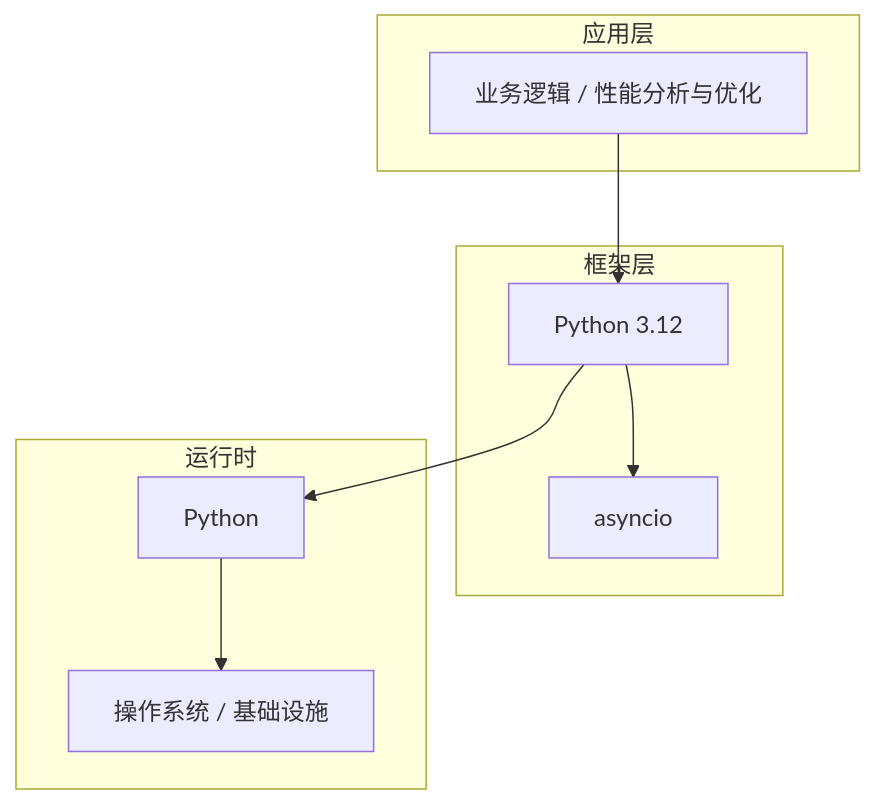
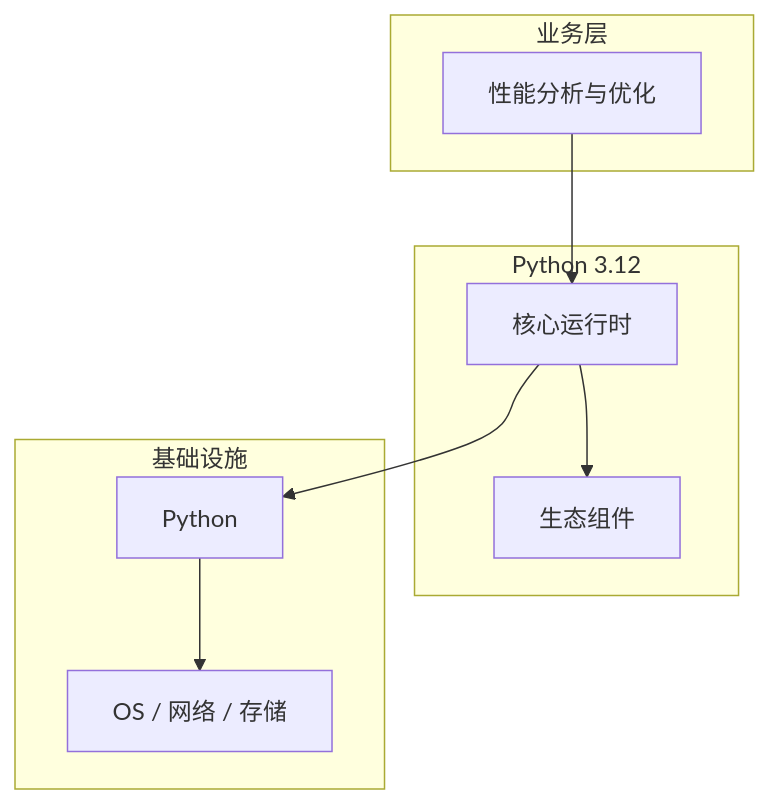
The diagram in articles/Python高级/chapters/065-性能分析与优化核心概念与原理.md (yanggan2015/knowledge-json-v2), drawn with Mermaid before and after one commit. The commit also changed other lines of this file and 10127 other files, not shown here.

````diff
--- a/articles/Python高级/chapters/065-性能分析与优化核心概念与原理.md
+++ b/articles/Python高级/chapters/065-性能分析与优化核心概念与原理.md
@@ -45,18 +34,18 @@
 ```mermaid
 graph TB
-    subgraph 应用层
-        A[业务逻辑 / 性能分析与优化]
+    subgraph 业务层
+        A[性能分析与优化]
     end
-    subgraph 框架层
-        B[Python 3.12]
-        C[asyncio]
+    subgraph Python 3.12
+        B[核心运行时]
+        C[生态组件]
     end
-    subgraph 运行时
+    subgraph 基础设施
         D[Python]
-        E[操作系统 / 基础设施]
+        E[OS / 网络 / 存储]
     end
     A --> B
     B --> C
     B --> D
     D --> E
 ```
````
